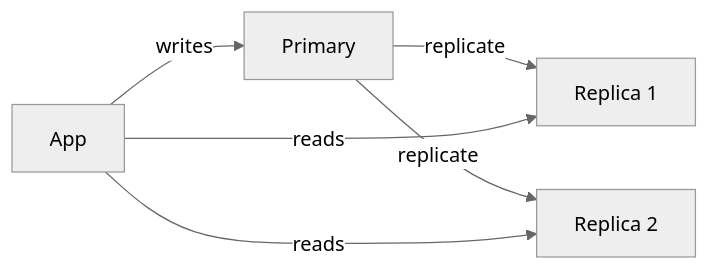
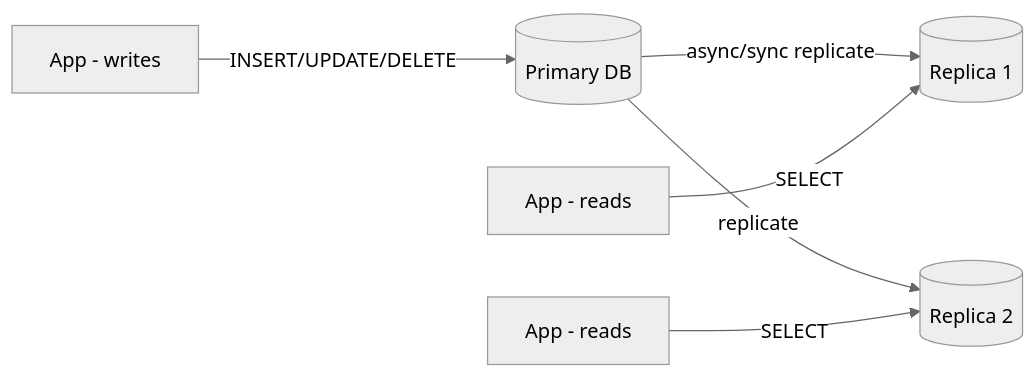
Before and after one commit to saroj990/system-design: the second of 9 diagrams in fundamentals/07-replication-sharding.md, drawn with Mermaid (neutral theme). The commit also changed other lines of this file and 14 other files, not shown here.

````diff
--- a/fundamentals/07-replication-sharding.md
+++ b/fundamentals/07-replication-sharding.md
@@ -13,8 +58,8 @@
 ```mermaid
 flowchart LR
-  App -->|writes| Primary
-  Primary -->|replicate| R1[Replica 1]
-  Primary -->|replicate| R2[Replica 2]
-  App -->|reads| R1
-  App -->|reads| R2
+  AppW[App - writes] -->|INSERT/UPDATE/DELETE| Primary[(Primary DB)]
+  Primary -->|async/sync replicate| R1[(Replica 1)]
+  Primary -->|replicate| R2[(Replica 2)]
+  AppR1[App - reads] -->|SELECT| R1
+  AppR2[App - reads] -->|SELECT| R2
 ```
````
